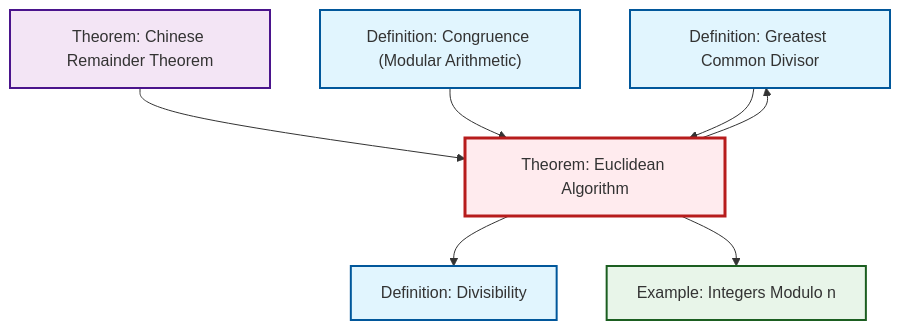
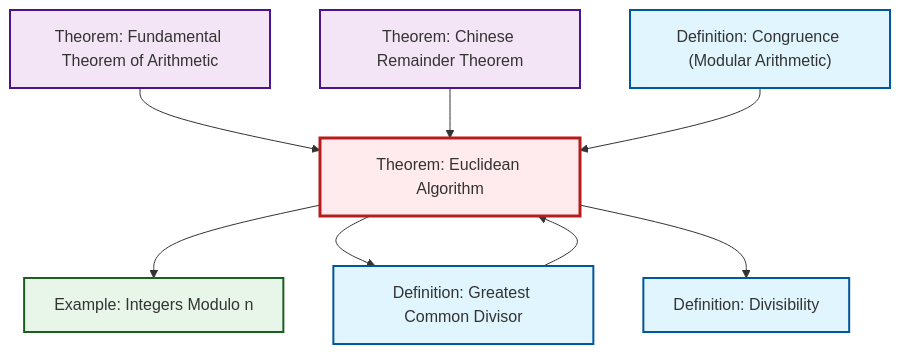
Before and after one commit to RK0429/ModernMath: the second of 2 diagrams in content/ja/number-theory/thm-euclidean-algorithm.qmd, drawn with Mermaid. The commit also changed 654 other files, not shown here.

````diff
--- a/content/ja/number-theory/thm-euclidean-algorithm.qmd
+++ b/content/ja/number-theory/thm-euclidean-algorithm.qmd
@@ -96,27 +96,30 @@
 ```{mermaid}
 %%| fig-cap: "Local dependency graph"
 graph TD
     classDef definition fill:#e1f5fe,stroke:#01579b,stroke-width:2px
     classDef theorem fill:#f3e5f5,stroke:#4a148c,stroke-width:2px
     classDef axiom fill:#fff3e0,stroke:#e65100,stroke-width:2px
     classDef example fill:#e8f5e9,stroke:#1b5e20,stroke-width:2px
     classDef current fill:#ffebee,stroke:#b71c1c,stroke-width:3px
+    thm-chinese-remainder["Theorem: Chinese Remainder Theorem"]:::theorem
+    thm-euclidean-algorithm["Theorem: Euclidean Algorithm"]:::theorem
     def-gcd["Definition: Greatest Common Divisor"]:::definition
+    def-divisibility["Definition: Divisibility"]:::definition
+    thm-fundamental-arithmetic["Theorem: Fundamental Theorem of Arithmetic"]:::theorem
     def-congruence["Definition: Congruence (Modular Arithmetic)"]:::definition
-    def-divisibility["Definition: Divisibility"]:::definition
-    thm-chinese-remainder["Theorem: Chinese Remainder Theorem"]:::theorem
     ex-quotient-integers-mod-n["Example: Integers Modulo n"]:::example
-    thm-euclidean-algorithm["Theorem: Euclidean Algorithm"]:::theorem
-    thm-euclidean-algorithm --> def-divisibility
+    def-gcd --> thm-euclidean-algorithm
+    thm-euclidean-algorithm --> ex-quotient-integers-mod-n
+    thm-euclidean-algorithm --> def-gcd
+    thm-fundamental-arithmetic --> thm-euclidean-algorithm
     thm-chinese-remainder --> thm-euclidean-algorithm
     def-congruence --> thm-euclidean-algorithm
-    def-gcd --> thm-euclidean-algorithm
-    thm-euclidean-algorithm --> def-gcd
-    thm-euclidean-algorithm --> ex-quotient-integers-mod-n
+    thm-euclidean-algorithm --> def-divisibility
     class thm-euclidean-algorithm current
+    click thm-chinese-remainder "thm-chinese-remainder.html" "Theorem: Chinese Remainder Theoremへ"
     click def-gcd "def-gcd.html" "Definition: Greatest Common Divisorへ"
+    click def-divisibility "def-divisibility.html" "Definition: Divisibilityへ"
+    click thm-fundamental-arithmetic "thm-fundamental-arithmetic.html" "Theorem: Fundamental Theorem of Arithmeticへ"
     click def-congruence "def-congruence.html" "Definition: Congruence (Modular Arithmetic)へ"
-    click def-divisibility "def-divisibility.html" "Definition: Divisibilityへ"
-    click thm-chinese-remainder "thm-chinese-remainder.html" "Theorem: Chinese Remainder Theoremへ"
     click ex-quotient-integers-mod-n "ex-quotient-integers-mod-n.html" "Example: Integers Modulo nへ"
 ```
````
